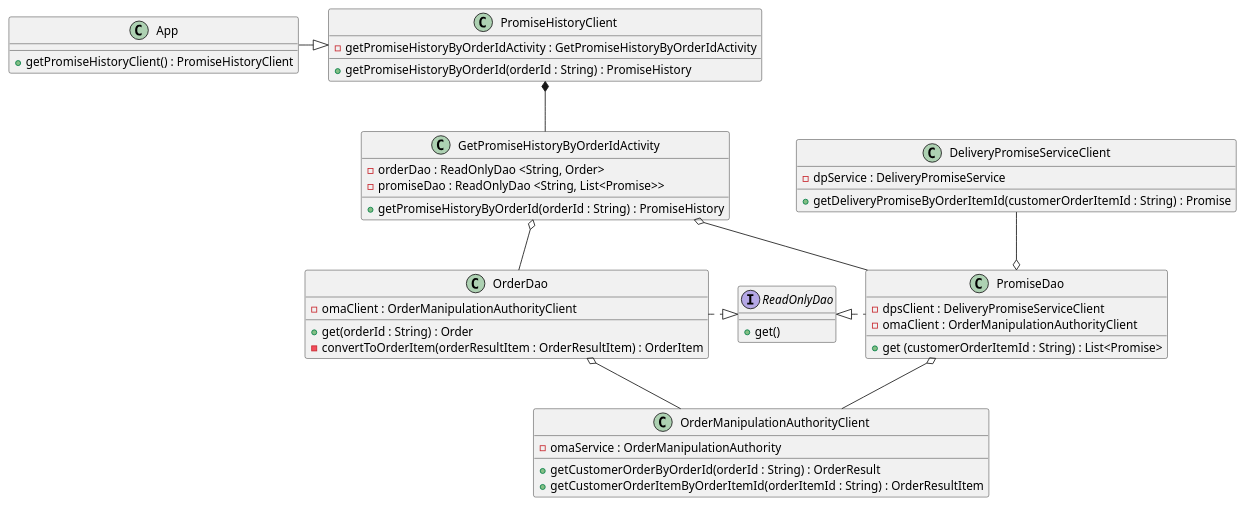
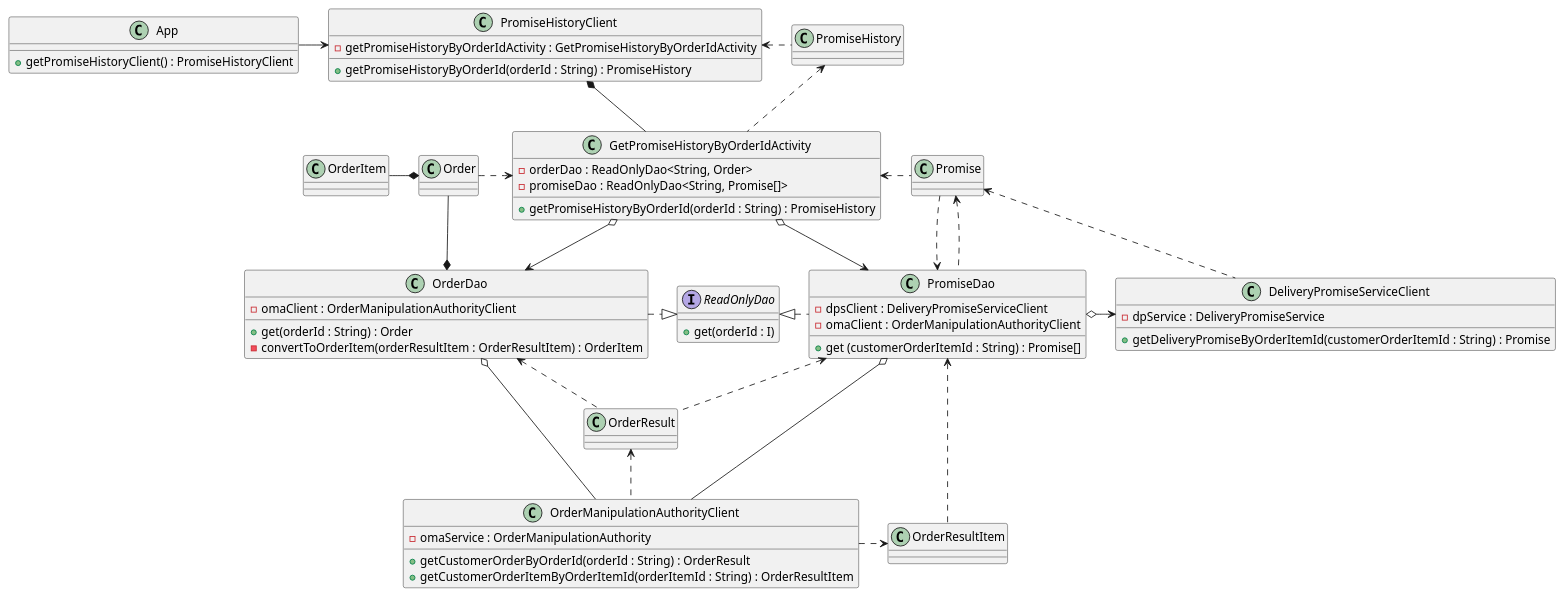
Before and after one commit to KasiDavid/bd-intermediate-java-project: the diagram in src/resources/deliveringonourpromise_CD.puml, drawn with PlantUML. The commit also changed 9 other files, not shown here.

```diff
--- a/src/resources/deliveringonourpromise_CD.puml
+++ b/src/resources/deliveringonourpromise_CD.puml
@@ -1,63 +1,76 @@
 @startuml
 
 class App{
 + getPromiseHistoryClient() : PromiseHistoryClient
 }
 
 class PromiseHistoryClient {
 - getPromiseHistoryByOrderIdActivity : GetPromiseHistoryByOrderIdActivity
 
 + getPromiseHistoryByOrderId(orderId : String) : PromiseHistory
 }
 
 class GetPromiseHistoryByOrderIdActivity {
-- orderDao : ReadOnlyDao <String, Order>
-- promiseDao : ReadOnlyDao <String, List<Promise>>
+- orderDao : ReadOnlyDao<String, Order>
+- promiseDao : ReadOnlyDao<String, Promise[]>
 
 + getPromiseHistoryByOrderId(orderId : String) : PromiseHistory
 }
 
 class OrderDao {
 - omaClient : OrderManipulationAuthorityClient
 
 + get(orderId : String) : Order
 - convertToOrderItem(orderResultItem : OrderResultItem) : OrderItem
 }
 
 class PromiseDao {
 - dpsClient : DeliveryPromiseServiceClient
 - omaClient : OrderManipulationAuthorityClient
 
-+ get (customerOrderItemId : String) : List<Promise>
++ get (customerOrderItemId : String) : Promise[]
 }
 
 interface ReadOnlyDao {
-+ get()
++ get(orderId : I)
 }
 
 class OrderManipulationAuthorityClient {
 - omaService : OrderManipulationAuthority
 
 + getCustomerOrderByOrderId(orderId : String) : OrderResult
 + getCustomerOrderItemByOrderItemId(orderItemId : String) : OrderResultItem
 }
 
 class DeliveryPromiseServiceClient {
 - dpService : DeliveryPromiseService
 
 + getDeliveryPromiseByOrderItemId(customerOrderItemId : String) : Promise
 }
 
-App -|> PromiseHistoryClient
+App -> PromiseHistoryClient
 PromiseHistoryClient *-- GetPromiseHistoryByOrderIdActivity
 
-GetPromiseHistoryByOrderIdActivity o-- OrderDao
-GetPromiseHistoryByOrderIdActivity o-- PromiseDao
+GetPromiseHistoryByOrderIdActivity o--> OrderDao
+GetPromiseHistoryByOrderIdActivity o--> PromiseDao
 OrderDao .|> ReadOnlyDao
 ReadOnlyDao <|. PromiseDao
-DeliveryPromiseServiceClient --o PromiseDao
+PromiseDao o-> DeliveryPromiseServiceClient
 PromiseDao o-- OrderManipulationAuthorityClient
 OrderDao o-- OrderManipulationAuthorityClient
-
+OrderResult <.. OrderManipulationAuthorityClient
+OrderDao <.. OrderResult
+PromiseDao <.. OrderResult
+OrderItem -* Order
+Order --* OrderDao
+Order .> GetPromiseHistoryByOrderIdActivity
+OrderManipulationAuthorityClient .> OrderResultItem
+PromiseDao <.. OrderResultItem
+Promise <.. DeliveryPromiseServiceClient
+Promise .> PromiseDao
+Promise <.. PromiseDao
+GetPromiseHistoryByOrderIdActivity <. Promise
+PromiseHistory <. GetPromiseHistoryByOrderIdActivity
+PromiseHistoryClient <. PromiseHistory
 
 @enduml
```
